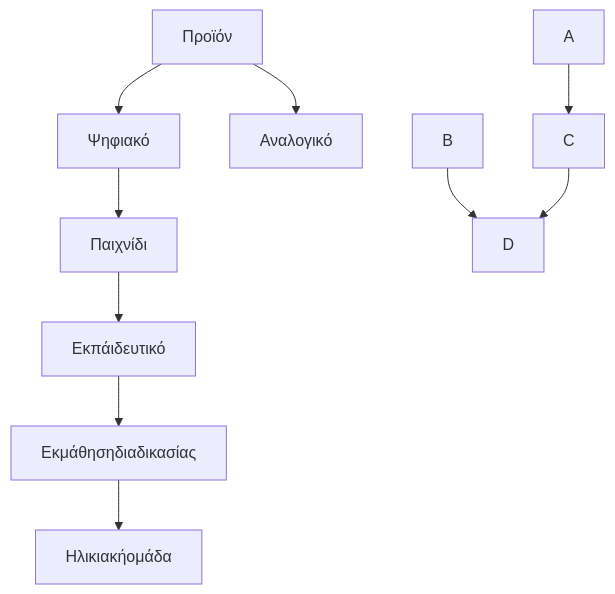
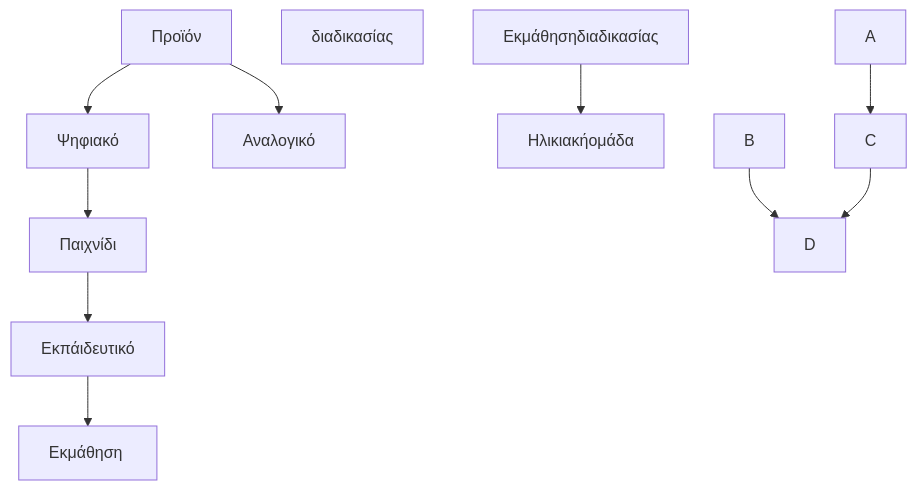
Before and after one commit to Ebabouraki/Interaction-Design-Project-Assignment: the diagram in our_report/README.md, drawn with Mermaid.

````diff
--- a/our_report/README.md
+++ b/our_report/README.md
@@ -200,16 +200,16 @@
 ```mermaid
   graph TD;
       Προϊόν --> Ψηφιακό;
       Προϊόν --> Αναλογικό;
       Ψηφιακό --> Παιχνίδι;
       Παιχνίδι --> Εκπάιδευτικό;
-      Εκπάιδευτικό --> Εκμάθησηδιαδικασίας;
+      Εκπάιδευτικό --> Εκμάθηση&nbsp;διαδικασίας;
       Εκμάθησηδιαδικασίας --> Ηλικιακήομάδα;
     
     
       
          
       A-->C;
       B-->D;
       C-->D;
 ```
````
